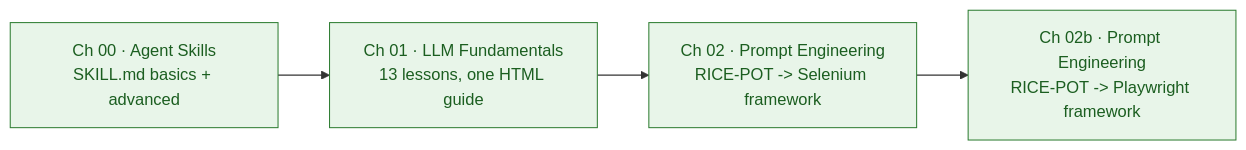
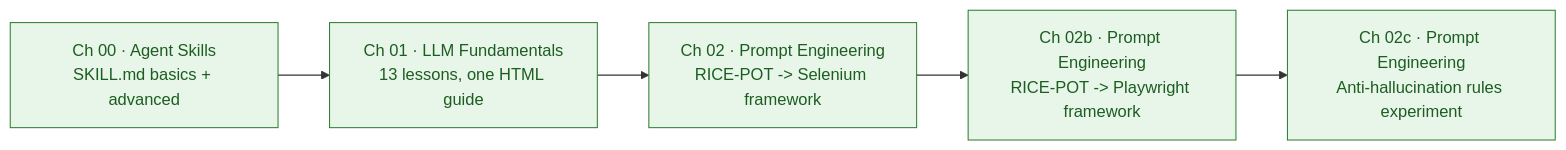
One commit to rudraaa/AITesterBluePrint5X changed the first of 5 diagrams in README.md. Above: the diagram before and after it, drawn with Mermaid. The commit also changed other lines of this file and 9 other files, not shown here.

First line of the commit message:
feat: add chapter 02c anti-hallucination rules experiment for VWO test cases

````diff
--- a/README.md
+++ b/README.md
@@ -24,9 +25,10 @@
 ```mermaid
 flowchart LR
     C0["Ch 00 · Agent Skills<br/>SKILL.md basics + advanced"] --> C1["Ch 01 · LLM Fundamentals<br/>13 lessons, one HTML guide"]
     C1 --> C2["Ch 02 · Prompt Engineering<br/>RICE-POT -> Selenium framework"]
     C2 --> C2b["Ch 02b · Prompt Engineering<br/>RICE-POT -> Playwright framework"]
+    C2b --> C2c["Ch 02c · Prompt Engineering<br/>Anti-hallucination rules experiment"]
 
     classDef done fill:#e8f5e9,stroke:#2e7d32,color:#1b5e20
-    class C0,C1,C2,C2b done
+    class C0,C1,C2,C2b,C2c done
 ```
````
